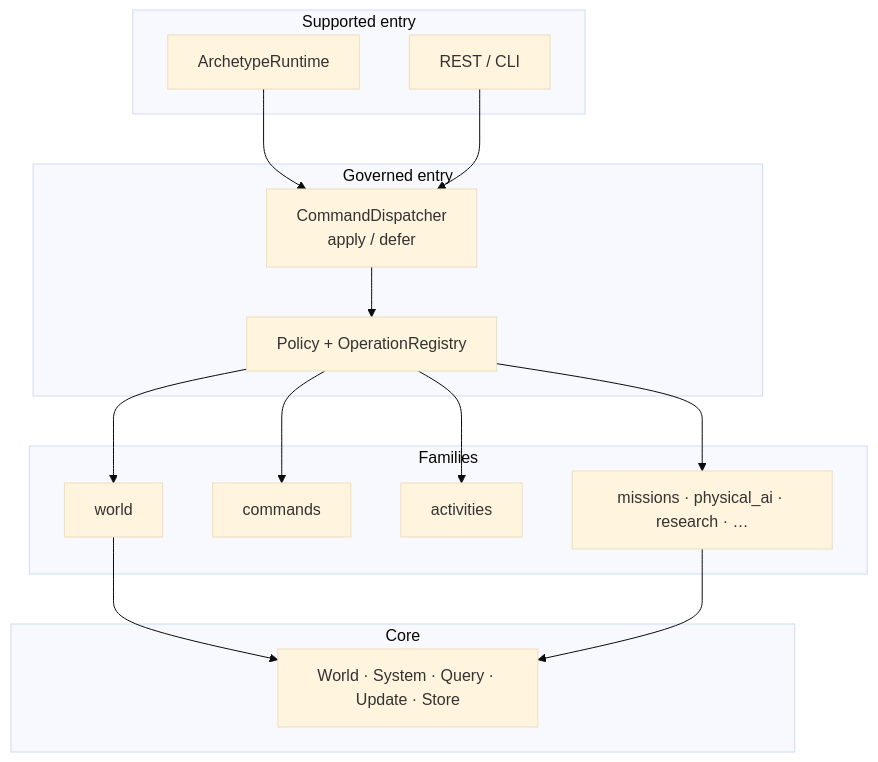
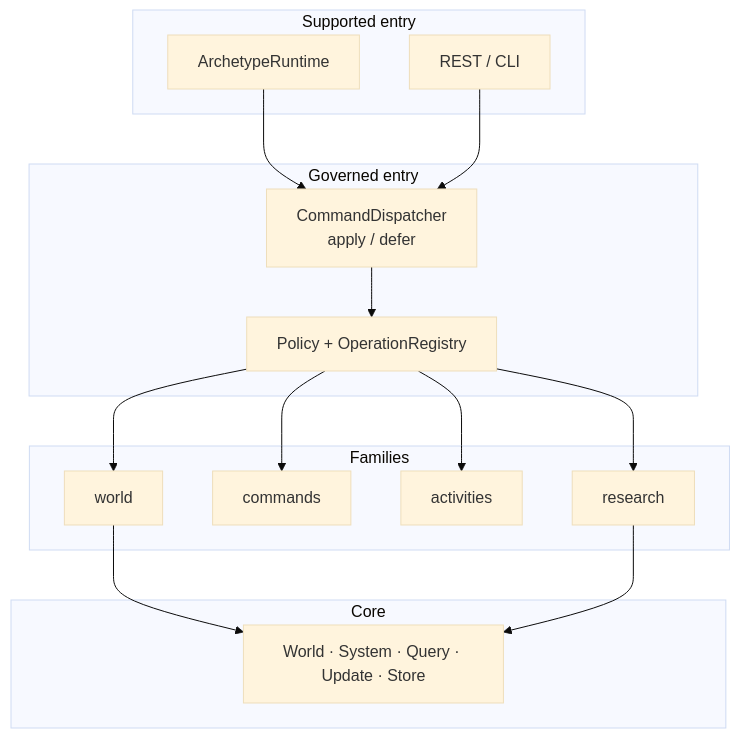
Before and after one commit to VangelisTech/archetype: the first of 8 diagrams in docs/guide/app-overview.md, drawn with Mermaid (base theme). The commit also changed other lines of this file and 315 other files, not shown here.

````diff
--- a/docs/guide/app-overview.md
+++ b/docs/guide/app-overview.md
@@ -16,33 +16,33 @@
 ```mermaid
 graph TB
     subgraph "Supported entry"
         Script["ArchetypeRuntime"]
         HTTP["REST / CLI"]
     end
 
     subgraph "Governed entry"
         Disp["CommandDispatcher<br/>apply / defer"]
         Policy["Policy + OperationRegistry"]
     end
 
     subgraph "Families"
         World["world"]
         Cmd["commands"]
         Act["activities"]
-        Domains["missions · physical_ai · research · …"]
+        Domains["research"]
     end
 
     subgraph "Core"
         Engine["World · System · Query · Update · Store"]
     end
 
     Script --> Disp
     HTTP --> Disp
     Disp --> Policy
     Policy --> World
     Policy --> Cmd
     Policy --> Act
     Policy --> Domains
     World --> Engine
     Domains --> Engine
 ```
````
